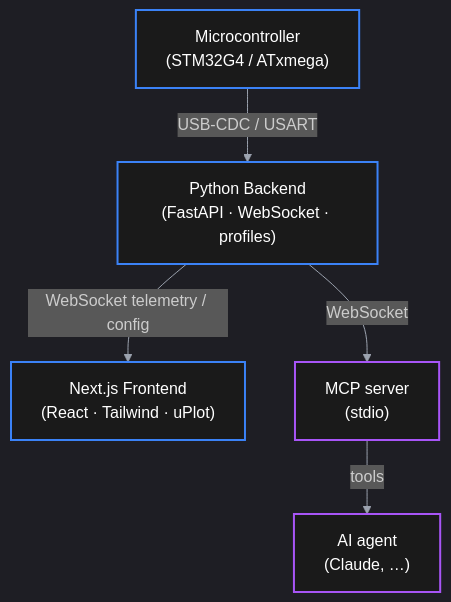
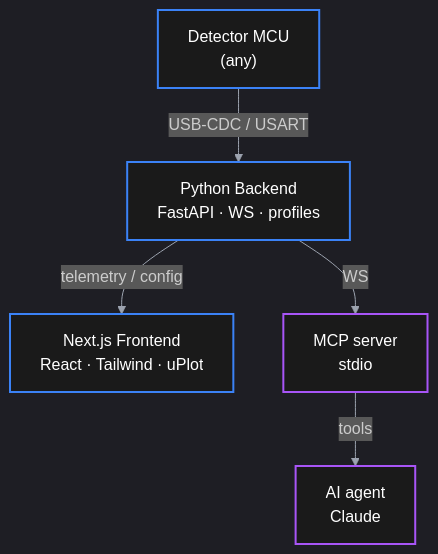
Before and after one commit to takzen/metal-detector-studio: the diagram in README.md, drawn with Mermaid. The commit also changed other lines of this file and 4 other files, not shown here.

````diff
--- a/README.md
+++ b/README.md
@@ -26,14 +29,14 @@
 ```mermaid
 %%{init: {'theme': 'dark'}}%%
 flowchart TD
-    A["Microcontroller<br>(STM32G4 / ATxmega)"] -->|"USB-CDC / USART"| B
-    B["Python Backend<br>(FastAPI · WebSocket · profiles)"] -->|"WebSocket telemetry / config"| C["Next.js Frontend<br>(React · Tailwind · uPlot)"]
-    B -->|"WebSocket"| M["MCP server<br>(stdio)"] -->|"tools"| D["AI agent<br>(Claude, …)"]
+    A["Detector MCU<br>(any)"] -->|"USB-CDC / USART"| B
+    B["Python Backend<br>FastAPI · WS · profiles"] -->|"telemetry / config"| C["Next.js Frontend<br>React · Tailwind · uPlot"]
+    B -->|"WS"| M["MCP server<br>stdio"] -->|"tools"| D["AI agent<br>Claude"]
 
     style A fill:#1a1a1a,stroke:#3b82f6,stroke-width:2px,color:#ffffff
     style B fill:#1a1a1a,stroke:#3b82f6,stroke-width:2px,color:#ffffff
     style C fill:#1a1a1a,stroke:#3b82f6,stroke-width:2px,color:#ffffff
     style M fill:#1a1a1a,stroke:#a855f7,stroke-width:2px,color:#ffffff
     style D fill:#1a1a1a,stroke:#a855f7,stroke-width:2px,color:#ffffff
     linkStyle default stroke:#9ca3af,stroke-width:1px
 ```
````
